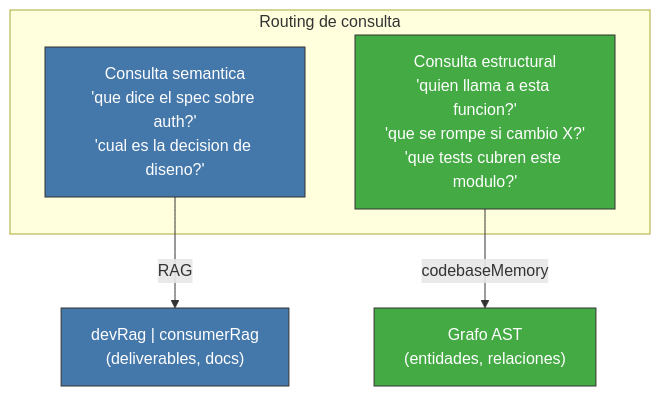
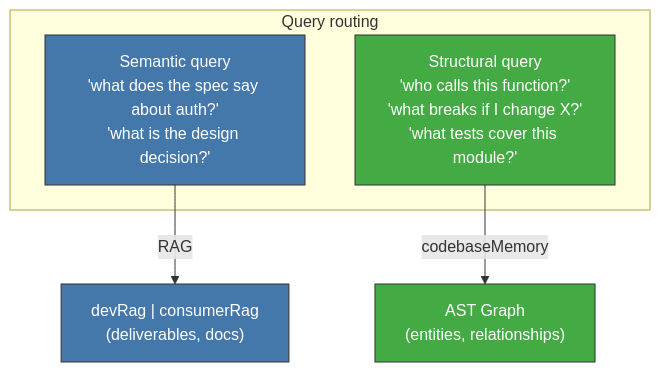
One commit to virgenherrera/virgil changed the diagram in principia/sections/26-codebase-memory-concept.md. Above: the diagram before and after it, drawn with Mermaid. The commit also changed other lines of this file and 42 other files, not shown here.

````diff
--- a/principia/sections/26-codebase-memory-concept.md
+++ b/principia/sections/26-codebase-memory-concept.md
@@ -32,15 +32,15 @@
 ```mermaid
 flowchart TD
-    subgraph ROUTING["Routing de consulta"]
-        Q_SEM["Consulta semantica\n'que dice el spec sobre auth?'\n'cual es la decision de diseno?'"]
-        Q_STR["Consulta estructural\n'quien llama a esta funcion?'\n'que se rompe si cambio X?'\n'que tests cubren este modulo?'"]
+    subgraph ROUTING["Query routing"]
+        Q_SEM["Semantic query\n'what does the spec say about auth?'\n'what is the design decision?'"]
+        Q_STR["Structural query\n'who calls this function?'\n'what breaks if I change X?'\n'what tests cover this module?'"]
     end
 
     Q_SEM -->|"RAG"| RAG["devRag | consumerRag\n(deliverables, docs)"]
-    Q_STR -->|"codebaseMemory"| CBM["Grafo AST\n(entidades, relaciones)"]
+    Q_STR -->|"codebaseMemory"| CBM["AST Graph\n(entities, relationships)"]
 
     style Q_SEM fill:#47a,stroke:#333,color:#fff
     style Q_STR fill:#4a4,stroke:#333,color:#fff
     style RAG fill:#47a,stroke:#333,color:#fff
     style CBM fill:#4a4,stroke:#333,color:#fff
 ```
````
